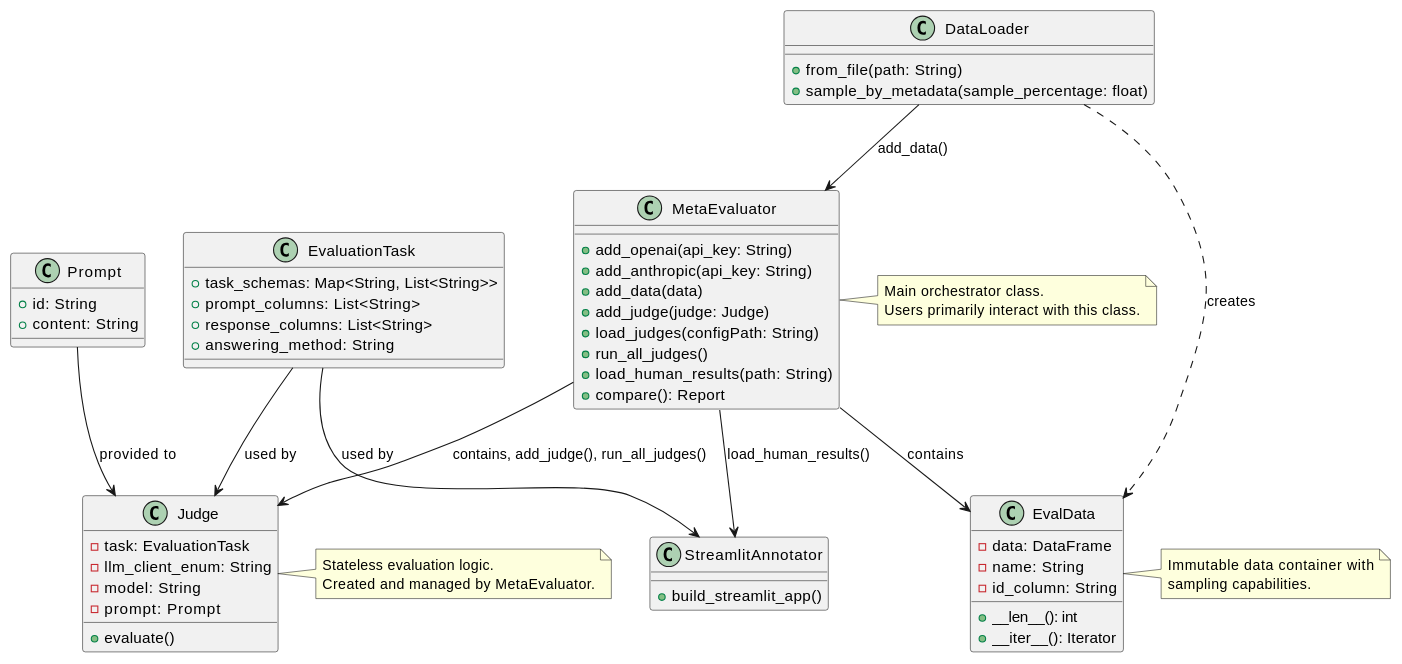
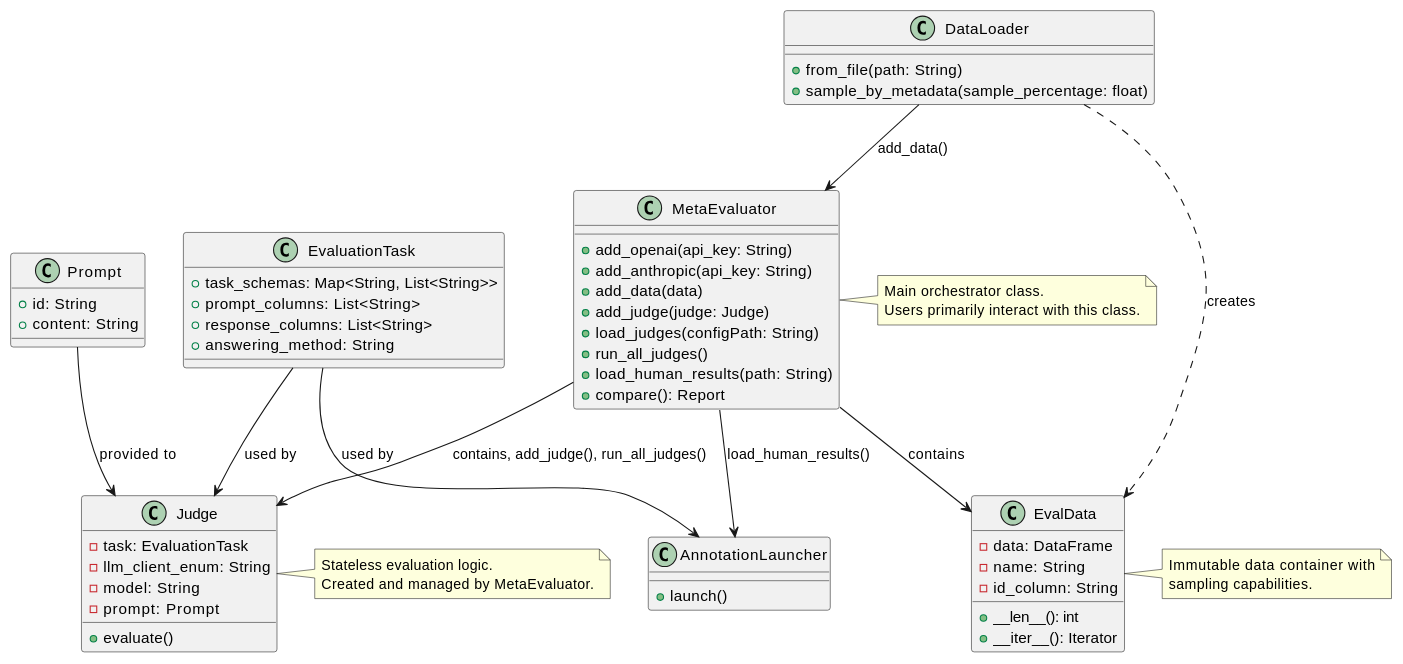
The diagram in description.md (govtech-responsibleai/meta-evaluator), drawn with PlantUML before and after one commit. The commit also changed other lines of this file and 2 other files, not shown here.

Commit message:
docs: replace stale Streamlit references with React + FastAPI annotation UI (#55)

```diff
--- a/description.md
+++ b/description.md
@@ -354,71 +354,71 @@
 @startuml MetaEvaluator Architecture
 
 class DataLoader {
     +from_file(path: String)
     +sample_by_metadata(sample_percentage: float)
 }
 class EvalData {
   -data: DataFrame
   -name: String
   -id_column: String
   +__len__(): int
   +__iter__(): Iterator
 }
 class Prompt {
     +id: String
     +content: String
 }
 class EvaluationTask {
     +task_schemas: Map<String, List<String>>
     +prompt_columns: List<String>
     +response_columns: List<String>
     +answering_method: String
 }
 class Judge {
     -task: EvaluationTask
     -llm_client_enum: String
     -model: String
     -prompt: Prompt
     +evaluate()
 }
 class MetaEvaluator {
     +add_openai(api_key: String)
     +add_anthropic(api_key: String)
     +add_data(data)
     +add_judge(judge: Judge)
     +load_judges(configPath: String)
     +run_all_judges()
     +load_human_results(path: String)
     +compare(): Report
 }
-class StreamlitAnnotator {
-    +build_streamlit_app()
+class AnnotationLauncher {
+    +launch()
 }
 
 ' Relationships
 DataLoader ..> EvalData : creates
 DataLoader --> MetaEvaluator : add_data()
 Prompt --> Judge : provided to
 MetaEvaluator --> EvalData : contains
-MetaEvaluator --> StreamlitAnnotator : load_human_results()
+MetaEvaluator --> AnnotationLauncher : load_human_results()
 MetaEvaluator --> Judge : contains, add_judge(), run_all_judges()
 EvaluationTask --> Judge : used by
-EvaluationTask --> StreamlitAnnotator : used by
+EvaluationTask --> AnnotationLauncher : used by
 
 ' Notes
 note right of MetaEvaluator
   Main orchestrator class.
   Users primarily interact with this class.
 end note
 
 note right of Judge
   Stateless evaluation logic.
   Created and managed by MetaEvaluator.
 end note
 
 note right of EvalData
   Immutable data container with
   sampling capabilities.
 end note
 
 @enduml
```
